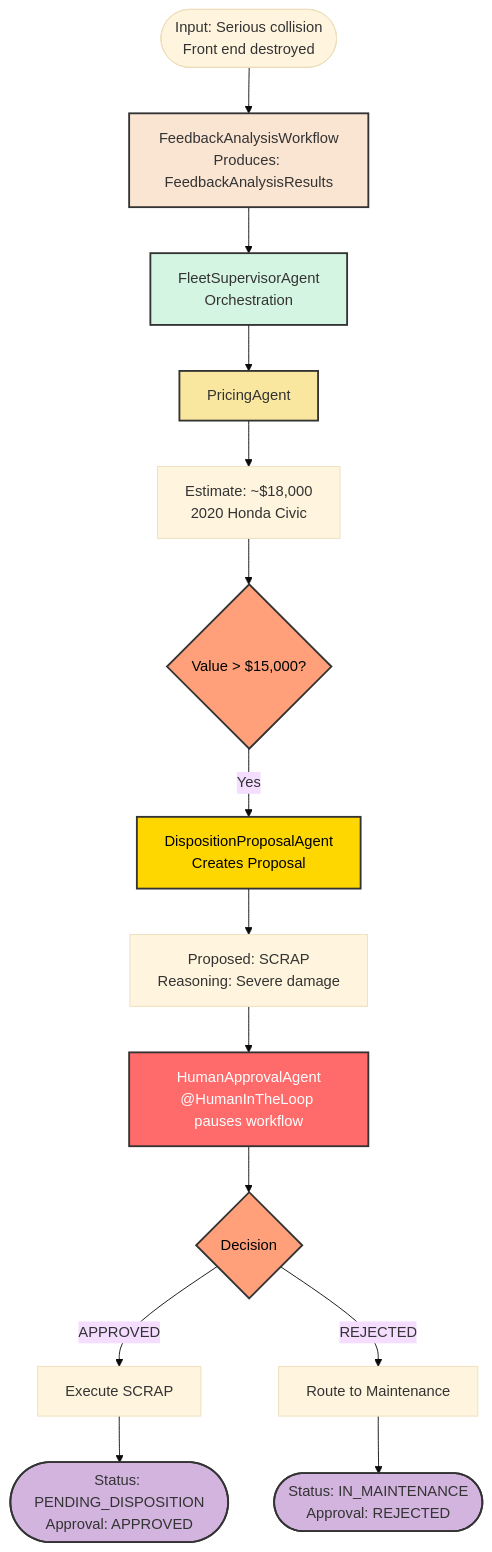
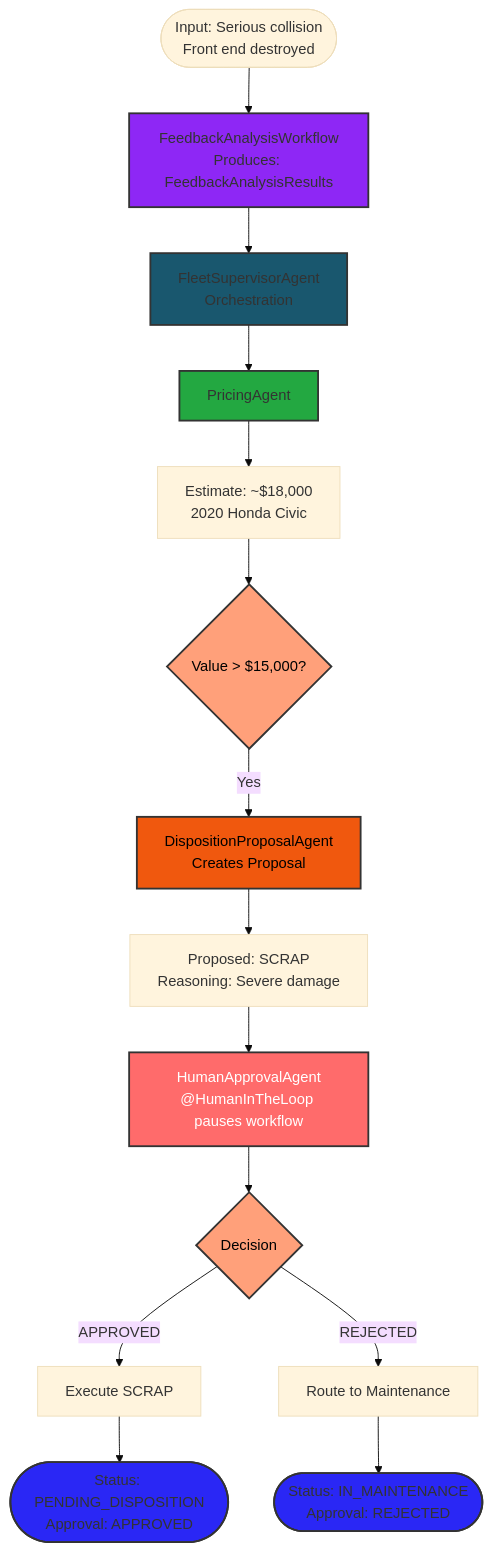
One commit to OpenLiberty/liberty-workshop-langchain4j changed the third of 6 diagrams in docs/docs/section-2/step-05.md. Above: the diagram before and after it, drawn with Mermaid (base theme). The commit also changed other lines of this file and 10 other files, not shown here.

````diff
--- a/docs/docs/section-2/step-05.md
+++ b/docs/docs/section-2/step-05.md
@@ -310,32 +344,32 @@
 ```mermaid
 flowchart TD
     Start(["Input: Serious collision<br/>Front end destroyed"])
 
     Start --> FW["FeedbackAnalysisWorkflow<br/>Produces: FeedbackAnalysisResults"]
 
     FW --> FSA["FleetSupervisorAgent<br/>Orchestration"]
     FSA --> PA["PricingAgent"]
     PA --> Value["Estimate: ~$18,000<br/>2020 Honda Civic"]
 
     Value --> Check{"Value > $15,000?"}
     Check -->|Yes| Proposal["DispositionProposalAgent<br/>Creates Proposal"]
     Proposal --> PropResult["Proposed: SCRAP<br/>Reasoning: Severe damage"]
 
     PropResult --> Human["HumanApprovalAgent<br/>@HumanInTheLoop pauses workflow"]
     Human --> Decision{Decision}
     Decision -->|APPROVED| Execute["Execute SCRAP"]
     Decision -->|REJECTED| Fallback["Route to Maintenance"]
 
     Execute --> Result(["Status: PENDING_DISPOSITION<br/>Approval: APPROVED"])
     Fallback --> Result2(["Status: IN_MAINTENANCE<br/>Approval: REJECTED"])
 
-    style FW fill:#FAE5D3,stroke:#333,stroke-width:2,color:#333
-    style FSA fill:#D5F5E3,stroke:#333,stroke-width:2,color:#333
-    style PA fill:#F9E79F,stroke:#333,stroke-width:2,color:#333
-    style Proposal fill:#FFD700,stroke:#333,stroke-width:2,color:#000
+    style FW fill:#8E27F5,stroke:#333,stroke-width:2,color:#333
+    style FSA fill:#19576E,stroke:#333,stroke-width:2,color:#333
+    style PA fill:#23A841,stroke:#333,stroke-width:2,color:#333
+    style Proposal fill:#F0580E,stroke:#333,stroke-width:2,color:#000
     style Human fill:#FF6B6B,stroke:#333,stroke-width:2,color:#fff
     style Check fill:#FFA07A,stroke:#333,stroke-width:2,color:#000
     style Decision fill:#FFA07A,stroke:#333,stroke-width:2,color:#000
-    style Result fill:#D2B4DE,stroke:#333,stroke-width:2,color:#333
-    style Result2 fill:#D2B4DE,stroke:#333,stroke-width:2,color:#333
+    style Result fill:#2A27F5,stroke:#333,stroke-width:2,color:#333
+    style Result2 fill:#2A27F5,stroke:#333,stroke-width:2,color:#333
 ```
````
